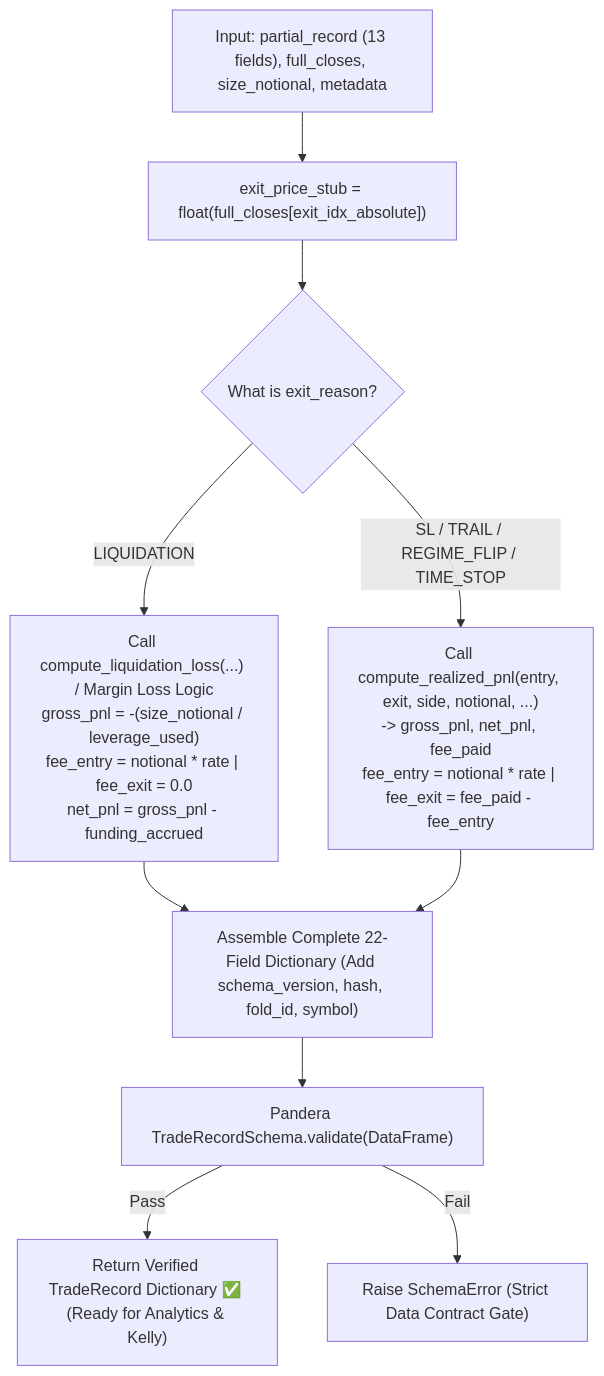
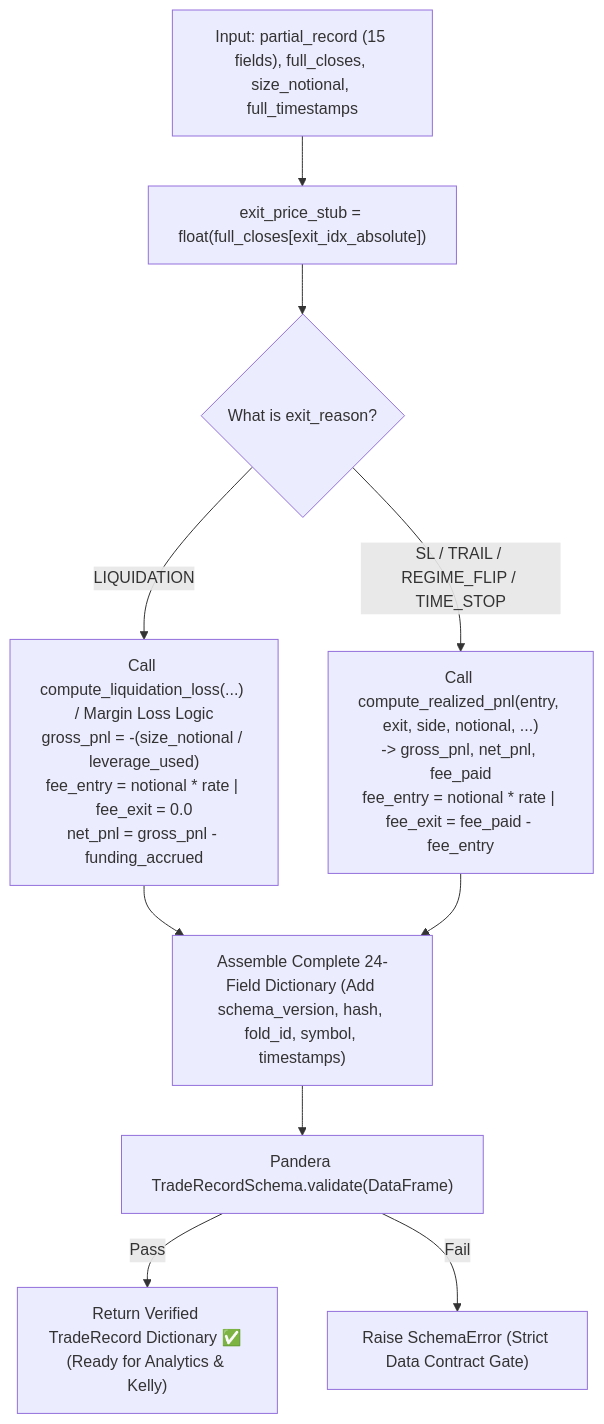
One commit to hoangcongly/1907TacticalAI changed diagram 13 of 14 in docs/engineering_audit_and_explanation_report.md. Above: the diagram before and after it, drawn with Mermaid. The commit also changed other lines of this file and 1 other file, not shown here.

First line of the commit message:
docs: clean up hyphenation errors and update institutional architecture report to v11.9

````diff
--- a/docs/engineering_audit_and_explanation_report.md
+++ b/docs/engineering_audit_and_explanation_report.md
@@ -986,16 +987,16 @@
 ```mermaid
 flowchart TD
-    In["Input: partial_record (13 fields), full_closes, size_notional, metadata"] --> Lookup["exit_price_stub = float(full_closes[exit_idx_absolute])"]
+    In["Input: partial_record (15 fields), full_closes, size_notional, full_timestamps"] --> Lookup["exit_price_stub = float(full_closes[exit_idx_absolute])"]
     Lookup --> Branch{"What is exit_reason?"}
     
     Branch -->|LIQUIDATION| LiqBranch["Call compute_liquidation_loss(...) / Margin Loss Logic<br/>gross_pnl = -(size_notional / leverage_used)<br/>fee_entry = notional * rate | fee_exit = 0.0<br/>net_pnl = gross_pnl - funding_accrued"]
     
     Branch -->|SL / TRAIL / REGIME_FLIP / TIME_STOP| NormalBranch["Call compute_realized_pnl(entry, exit, side, notional, ...)<br/>-> gross_pnl, net_pnl, fee_paid<br/>fee_entry = notional * rate | fee_exit = fee_paid - fee_entry"]
     
-    LiqBranch --> Assemble["Assemble Complete 22-Field Dictionary (Add schema_version, hash, fold_id, symbol)"]
+    LiqBranch --> Assemble["Assemble Complete 24-Field Dictionary (Add schema_version, hash, fold_id, symbol, timestamps)"]
     NormalBranch --> Assemble
     
     Assemble --> Validate["Pandera TradeRecordSchema.validate(DataFrame)"]
     Validate -->|Pass| Out["Return Verified TradeRecord Dictionary ✅ (Ready for Analytics & Kelly)"]
     Validate -->|Fail| SchemaErr["Raise SchemaError (Strict Data Contract Gate)"]
 ```
````
